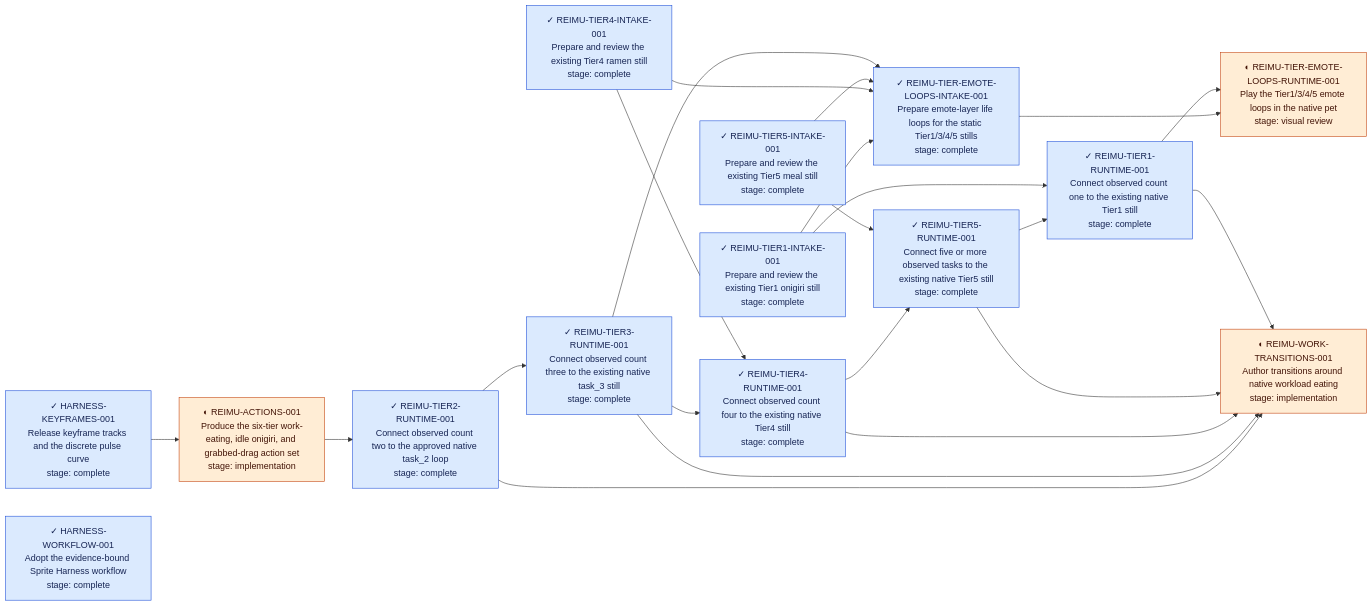
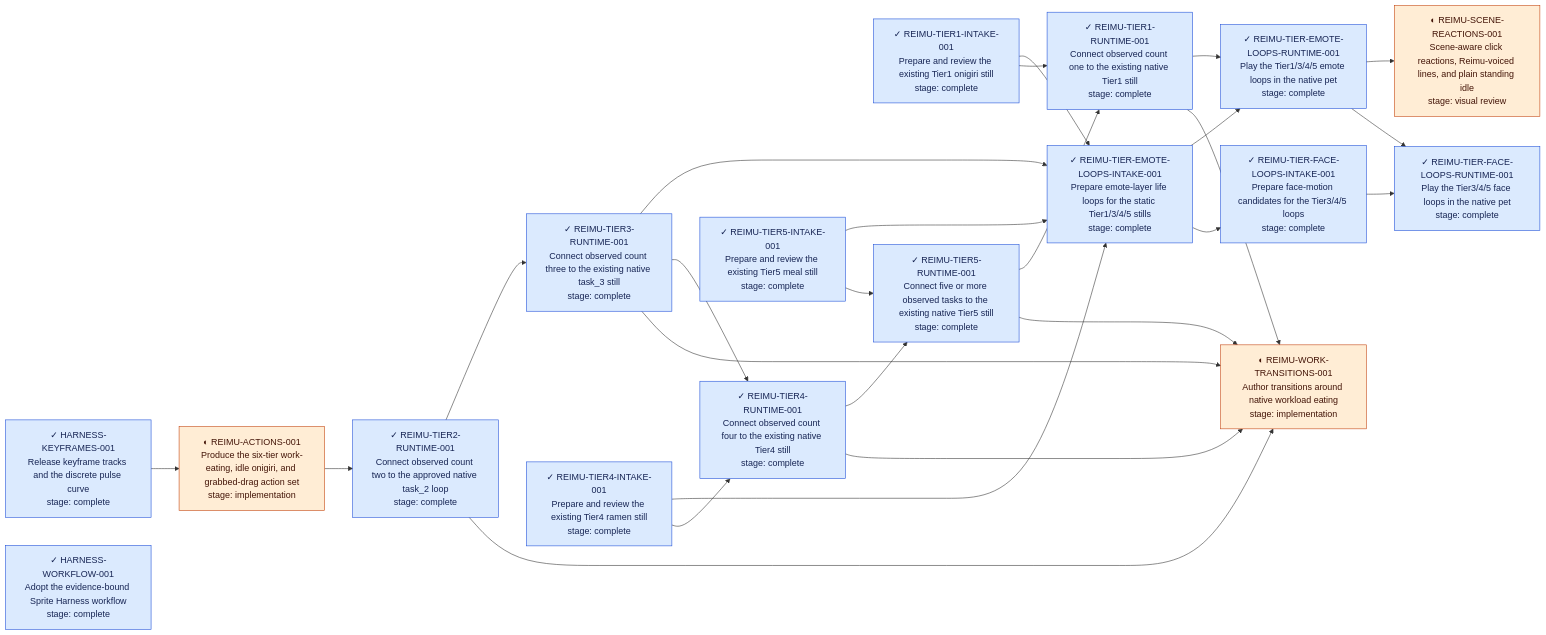
The diagram in workflow/TREE.mmd (lyw-ops/Spirite-harness), drawn with Mermaid before and after one commit. The commit also changed 7 other files, not shown here.

First line of the commit message:
Record Reimu 1.15-1.17: scene reactions, standing idle, face loops

```diff
--- a/workflow/TREE.mmd
+++ b/workflow/TREE.mmd
@@ -1,40 +1,47 @@
 flowchart LR
     N_HARNESS_KEYFRAMES_001["✓ HARNESS-KEYFRAMES-001<br/>Release keyframe tracks and the discrete pulse curve<br/>stage: complete"]
     N_HARNESS_WORKFLOW_001["✓ HARNESS-WORKFLOW-001<br/>Adopt the evidence-bound Sprite Harness workflow<br/>stage: complete"]
     N_REIMU_ACTIONS_001["◐ REIMU-ACTIONS-001<br/>Produce the six-tier work-eating, idle onigiri, and grabbed-drag action set<br/>stage: implementation"]
+    N_REIMU_SCENE_REACTIONS_001["◐ REIMU-SCENE-REACTIONS-001<br/>Scene-aware click reactions, Reimu-voiced lines, and plain standing idle<br/>stage: visual review"]
     N_REIMU_TIER_EMOTE_LOOPS_INTAKE_001["✓ REIMU-TIER-EMOTE-LOOPS-INTAKE-001<br/>Prepare emote-layer life loops for the static Tier1/3/4/5 stills<br/>stage: complete"]
-    N_REIMU_TIER_EMOTE_LOOPS_RUNTIME_001["◐ REIMU-TIER-EMOTE-LOOPS-RUNTIME-001<br/>Play the Tier1/3/4/5 emote loops in the native pet<br/>stage: visual review"]
+    N_REIMU_TIER_EMOTE_LOOPS_RUNTIME_001["✓ REIMU-TIER-EMOTE-LOOPS-RUNTIME-001<br/>Play the Tier1/3/4/5 emote loops in the native pet<br/>stage: complete"]
+    N_REIMU_TIER_FACE_LOOPS_INTAKE_001["✓ REIMU-TIER-FACE-LOOPS-INTAKE-001<br/>Prepare face-motion candidates for the Tier3/4/5 loops<br/>stage: complete"]
+    N_REIMU_TIER_FACE_LOOPS_RUNTIME_001["✓ REIMU-TIER-FACE-LOOPS-RUNTIME-001<br/>Play the Tier3/4/5 face loops in the native pet<br/>stage: complete"]
     N_REIMU_TIER1_INTAKE_001["✓ REIMU-TIER1-INTAKE-001<br/>Prepare and review the existing Tier1 onigiri still<br/>stage: complete"]
     N_REIMU_TIER1_RUNTIME_001["✓ REIMU-TIER1-RUNTIME-001<br/>Connect observed count one to the existing native Tier1 still<br/>stage: complete"]
     N_REIMU_TIER2_RUNTIME_001["✓ REIMU-TIER2-RUNTIME-001<br/>Connect observed count two to the approved native task_2 loop<br/>stage: complete"]
     N_REIMU_TIER3_RUNTIME_001["✓ REIMU-TIER3-RUNTIME-001<br/>Connect observed count three to the existing native task_3 still<br/>stage: complete"]
     N_REIMU_TIER4_INTAKE_001["✓ REIMU-TIER4-INTAKE-001<br/>Prepare and review the existing Tier4 ramen still<br/>stage: complete"]
     N_REIMU_TIER4_RUNTIME_001["✓ REIMU-TIER4-RUNTIME-001<br/>Connect observed count four to the existing native Tier4 still<br/>stage: complete"]
     N_REIMU_TIER5_INTAKE_001["✓ REIMU-TIER5-INTAKE-001<br/>Prepare and review the existing Tier5 meal still<br/>stage: complete"]
     N_REIMU_TIER5_RUNTIME_001["✓ REIMU-TIER5-RUNTIME-001<br/>Connect five or more observed tasks to the existing native Tier5 still<br/>stage: complete"]
     N_REIMU_WORK_TRANSITIONS_001["◐ REIMU-WORK-TRANSITIONS-001<br/>Author transitions around native workload eating<br/>stage: implementation"]
     N_HARNESS_KEYFRAMES_001 --> N_REIMU_ACTIONS_001
+    N_REIMU_TIER_EMOTE_LOOPS_RUNTIME_001 --> N_REIMU_SCENE_REACTIONS_001
     N_REIMU_TIER1_INTAKE_001 --> N_REIMU_TIER_EMOTE_LOOPS_INTAKE_001
     N_REIMU_TIER4_INTAKE_001 --> N_REIMU_TIER_EMOTE_LOOPS_INTAKE_001
     N_REIMU_TIER5_INTAKE_001 --> N_REIMU_TIER_EMOTE_LOOPS_INTAKE_001
     N_REIMU_TIER3_RUNTIME_001 --> N_REIMU_TIER_EMOTE_LOOPS_INTAKE_001
     N_REIMU_TIER_EMOTE_LOOPS_INTAKE_001 --> N_REIMU_TIER_EMOTE_LOOPS_RUNTIME_001
     N_REIMU_TIER1_RUNTIME_001 --> N_REIMU_TIER_EMOTE_LOOPS_RUNTIME_001
+    N_REIMU_TIER_EMOTE_LOOPS_INTAKE_001 --> N_REIMU_TIER_FACE_LOOPS_INTAKE_001
+    N_REIMU_TIER_FACE_LOOPS_INTAKE_001 --> N_REIMU_TIER_FACE_LOOPS_RUNTIME_001
+    N_REIMU_TIER_EMOTE_LOOPS_RUNTIME_001 --> N_REIMU_TIER_FACE_LOOPS_RUNTIME_001
     N_REIMU_TIER5_RUNTIME_001 --> N_REIMU_TIER1_RUNTIME_001
     N_REIMU_TIER1_INTAKE_001 --> N_REIMU_TIER1_RUNTIME_001
     N_REIMU_ACTIONS_001 --> N_REIMU_TIER2_RUNTIME_001
     N_REIMU_TIER2_RUNTIME_001 --> N_REIMU_TIER3_RUNTIME_001
     N_REIMU_TIER3_RUNTIME_001 --> N_REIMU_TIER4_RUNTIME_001
     N_REIMU_TIER4_INTAKE_001 --> N_REIMU_TIER4_RUNTIME_001
     N_REIMU_TIER4_RUNTIME_001 --> N_REIMU_TIER5_RUNTIME_001
     N_REIMU_TIER5_INTAKE_001 --> N_REIMU_TIER5_RUNTIME_001
     N_REIMU_TIER2_RUNTIME_001 --> N_REIMU_WORK_TRANSITIONS_001
     N_REIMU_TIER3_RUNTIME_001 --> N_REIMU_WORK_TRANSITIONS_001
     N_REIMU_TIER4_RUNTIME_001 --> N_REIMU_WORK_TRANSITIONS_001
     N_REIMU_TIER5_RUNTIME_001 --> N_REIMU_WORK_TRANSITIONS_001
     N_REIMU_TIER1_RUNTIME_001 --> N_REIMU_WORK_TRANSITIONS_001
     classDef complete fill:#dbeafe,stroke:#1d4ed8,color:#172554;
     classDef active fill:#ffedd5,stroke:#c2410c,color:#431407;
     classDef blocked fill:#fee2e2,stroke:#b91c1c,color:#450a0a;
-    class N_HARNESS_KEYFRAMES_001,N_HARNESS_WORKFLOW_001,N_REIMU_TIER_EMOTE_LOOPS_INTAKE_001,N_REIMU_TIER1_INTAKE_001,N_REIMU_TIER1_RUNTIME_001,N_REIMU_TIER2_RUNTIME_001,N_REIMU_TIER3_RUNTIME_001,N_REIMU_TIER4_INTAKE_001,N_REIMU_TIER4_RUNTIME_001,N_REIMU_TIER5_INTAKE_001,N_REIMU_TIER5_RUNTIME_001 complete;
-    class N_REIMU_ACTIONS_001,N_REIMU_TIER_EMOTE_LOOPS_RUNTIME_001,N_REIMU_WORK_TRANSITIONS_001 active;
+    class N_HARNESS_KEYFRAMES_001,N_HARNESS_WORKFLOW_001,N_REIMU_TIER_EMOTE_LOOPS_INTAKE_001,N_REIMU_TIER_EMOTE_LOOPS_RUNTIME_001,N_REIMU_TIER_FACE_LOOPS_INTAKE_001,N_REIMU_TIER_FACE_LOOPS_RUNTIME_001,N_REIMU_TIER1_INTAKE_001,N_REIMU_TIER1_RUNTIME_001,N_REIMU_TIER2_RUNTIME_001,N_REIMU_TIER3_RUNTIME_001,N_REIMU_TIER4_INTAKE_001,N_REIMU_TIER4_RUNTIME_001,N_REIMU_TIER5_INTAKE_001,N_REIMU_TIER5_RUNTIME_001 complete;
+    class N_REIMU_ACTIONS_001,N_REIMU_SCENE_REACTIONS_001,N_REIMU_WORK_TRANSITIONS_001 active;
```
